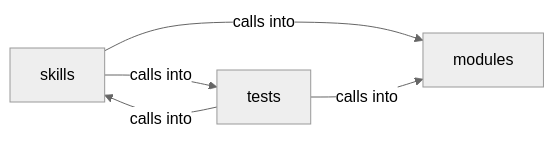
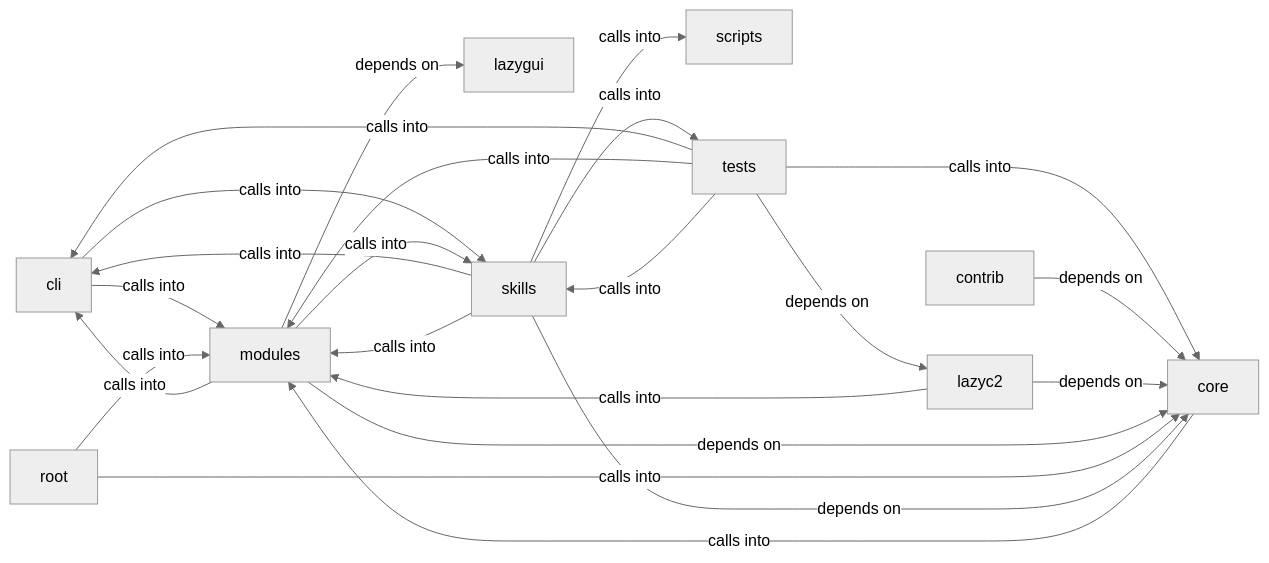
One commit to grisuno/LazyOwn changed the diagram in readmenator-diagrams/modules_autonomous_daemon.md. Above: the diagram before and after it, drawn with Mermaid (neutral theme). The commit also changed other lines of this file and 496 other files, not shown here.

````diff
--- a/readmenator-diagrams/modules_autonomous_daemon.md
+++ b/readmenator-diagrams/modules_autonomous_daemon.md
@@ -5,10 +5,35 @@
 ```mermaid
 graph LR
+    cli["cli"]
+    contrib["contrib"]
+    core["core"]
+    lazyc2["lazyc2"]
+    lazygui["lazygui"]
     modules["modules"]
+    root["root"]
+    scripts["scripts"]
     skills["skills"]
     tests["tests"]
-    skills -- "calls into" --> modules
-    skills -- "calls into" --> tests
+    cli -- "calls into" --> modules
+    cli -- "calls into" --> skills
+    tests -- "calls into" --> cli
+    tests -- "calls into" --> core
+    tests -- "depends on" --> lazyc2
     tests -- "calls into" --> modules
     tests -- "calls into" --> skills
+    contrib -- "depends on" --> core
+    core -- "calls into" --> modules
+    lazyc2 -- "depends on" --> core
+    lazyc2 -- "calls into" --> modules
+    modules -- "calls into" --> cli
+    modules -- "depends on" --> core
+    modules -- "depends on" --> lazygui
+    modules -- "calls into" --> skills
+    root -- "calls into" --> core
+    root -- "calls into" --> modules
+    skills -- "calls into" --> cli
+    skills -- "calls into" --> tests
+    skills -- "depends on" --> core
+    skills -- "calls into" --> modules
+    skills -- "calls into" --> scripts
 ```
````
